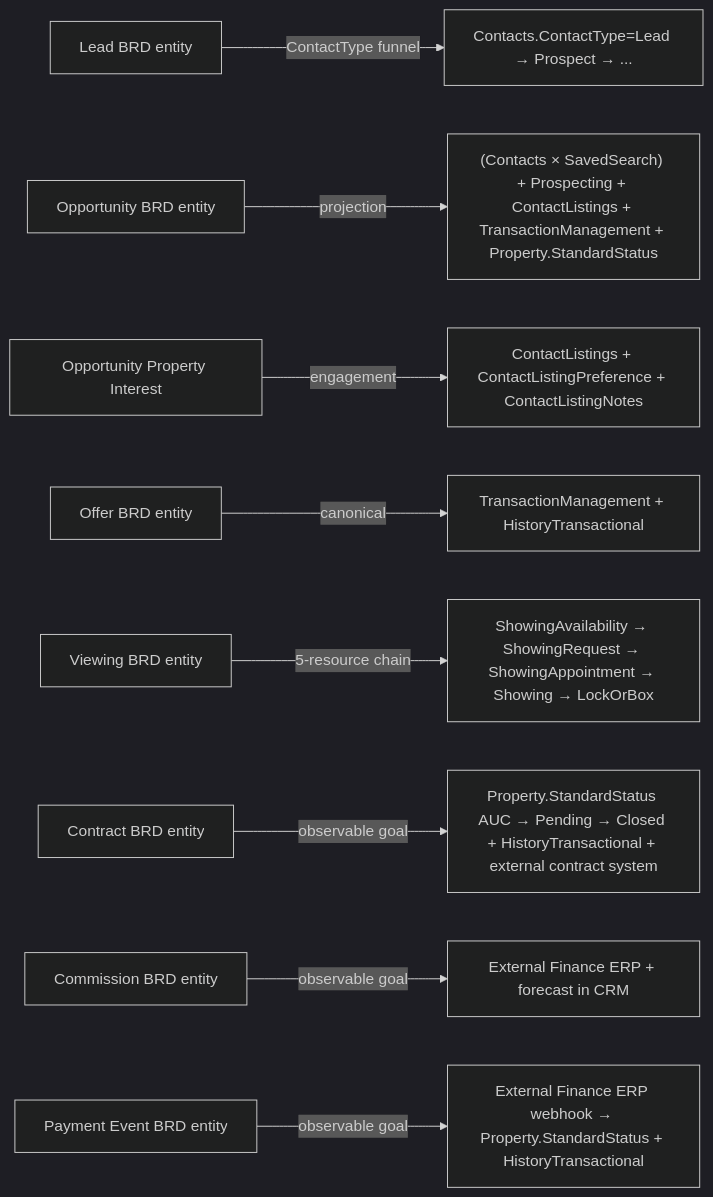
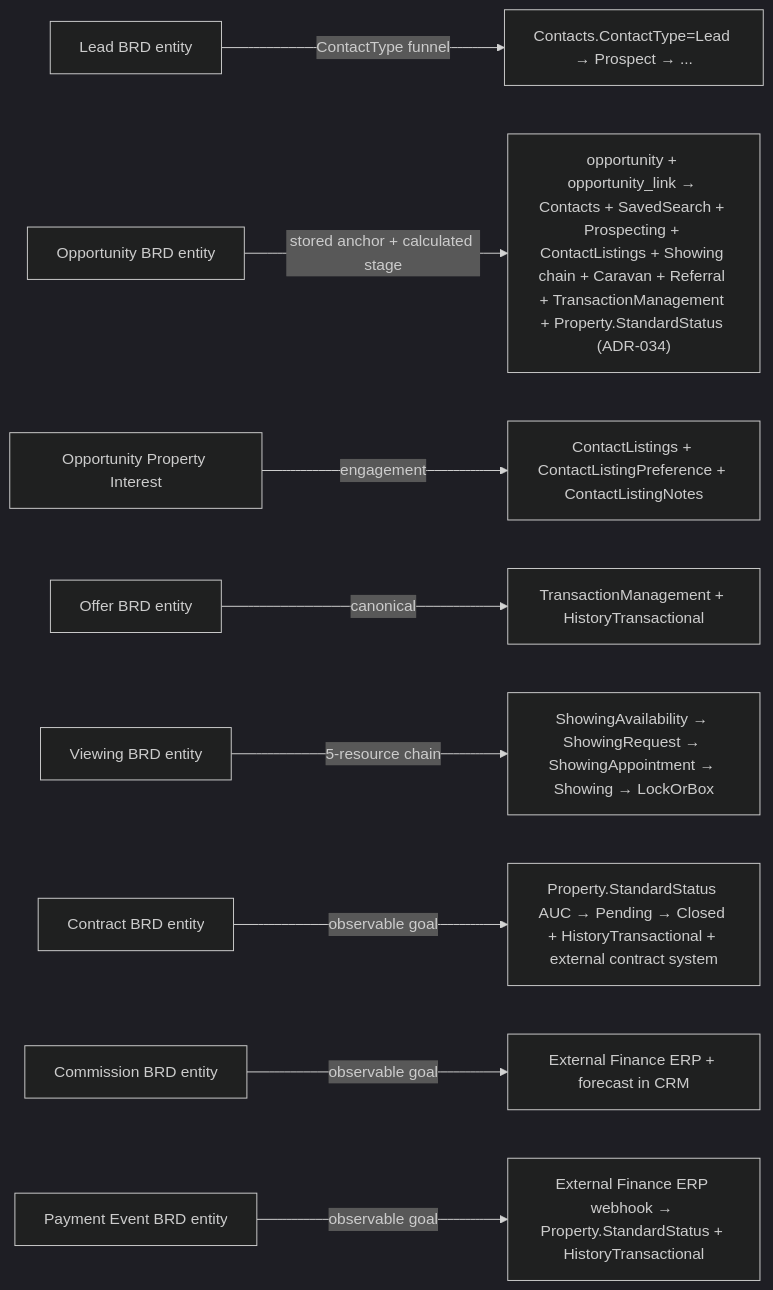
Before and after one commit to gca-global/matrix-platform-kb: the second of 2 diagrams in docs/product-specs/matrix-pipeline/wiki/architecture.md, drawn with Mermaid (dark theme). The commit also changed other lines of this file and 7 other files, not shown here.

First line of the commit message:
docs(adr-034): Opportunity super-resource with calculated pipeline stage

````diff
--- a/docs/product-specs/matrix-pipeline/wiki/architecture.md
+++ b/docs/product-specs/matrix-pipeline/wiki/architecture.md
@@ -339,11 +339,11 @@
 ```mermaid
 flowchart LR
   L[Lead BRD entity] -- ContactType funnel --> CT["Contacts.ContactType=Lead → Prospect → ..."]
-  O[Opportunity BRD entity] -- projection --> P["(Contacts × SavedSearch) + Prospecting + ContactListings + TransactionManagement + Property.StandardStatus"]
+  O[Opportunity BRD entity] -- stored anchor + calculated stage --> P["opportunity + opportunity_link → Contacts + SavedSearch + Prospecting + ContactListings + Showing chain + Caravan + Referral + TransactionManagement + Property.StandardStatus (ADR-034)"]
   OPI[Opportunity Property Interest] -- engagement --> CL["ContactListings + ContactListingPreference + ContactListingNotes"]
   OFF[Offer BRD entity] -- canonical --> TM["TransactionManagement + HistoryTransactional"]
   V[Viewing BRD entity] -- 5-resource chain --> SHC["ShowingAvailability → ShowingRequest → ShowingAppointment → Showing → LockOrBox"]
   CTR[Contract BRD entity] -- observable goal --> PS["Property.StandardStatus AUC → Pending → Closed + HistoryTransactional + external contract system"]
   COM[Commission BRD entity] -- observable goal --> ERP1["External Finance ERP + forecast in CRM"]
   PAY[Payment Event BRD entity] -- observable goal --> ERP2["External Finance ERP webhook → Property.StandardStatus + HistoryTransactional"]
 ```
````
